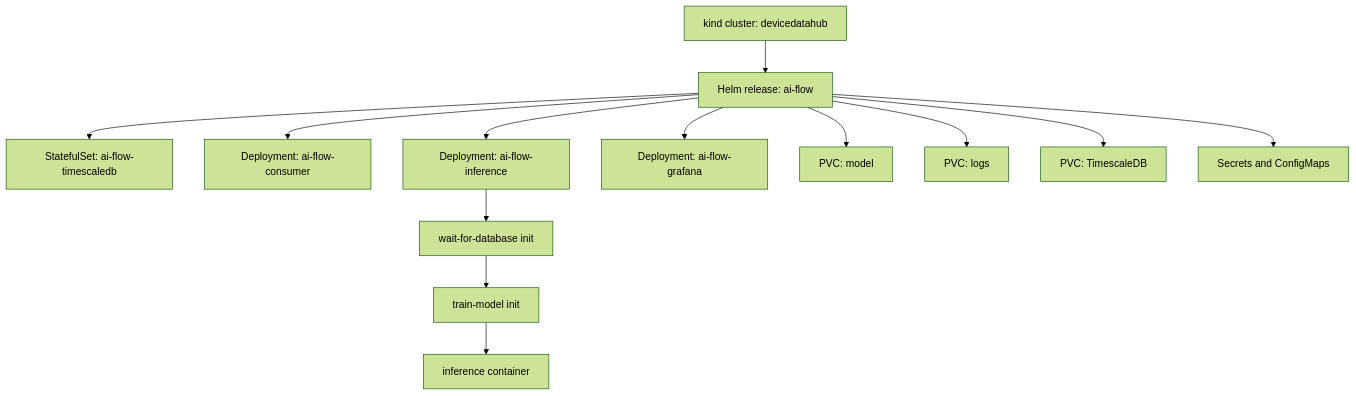
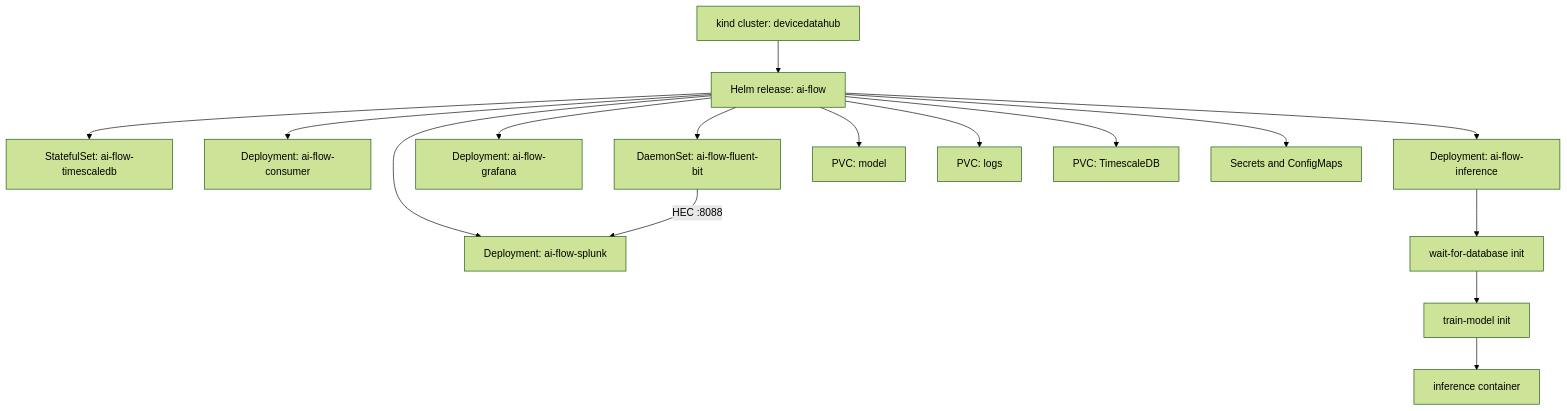
The second of 2 diagrams in ARCHITECTURE.md (arnabnexus/devicedatahub-end-to-end), drawn with Mermaid (forest theme) before and after one commit. The commit also changed other lines of this file and 14 other files, not shown here.

````diff
--- a/ARCHITECTURE.md
+++ b/ARCHITECTURE.md
@@ -19,17 +24,20 @@
 ```mermaid
 graph TD
     K["kind cluster: devicedatahub"]
     H["Helm release: ai-flow"]
     K --> H
     H --> DB["StatefulSet: ai-flow-timescaledb"]
     H --> C["Deployment: ai-flow-consumer"]
     H --> I["Deployment: ai-flow-inference"]
     H --> G["Deployment: ai-flow-grafana"]
+    H --> SP["Deployment: ai-flow-splunk"]
+    H --> FB["DaemonSet: ai-flow-fluent-bit"]
     H --> V1["PVC: model"]
     H --> V2["PVC: logs"]
     H --> V3["PVC: TimescaleDB"]
     H --> S["Secrets and ConfigMaps"]
+    FB -->|HEC :8088| SP
     I --> W["wait-for-database init"]
     W --> TR["train-model init"]
     TR --> INF["inference container"]
 ```
````
